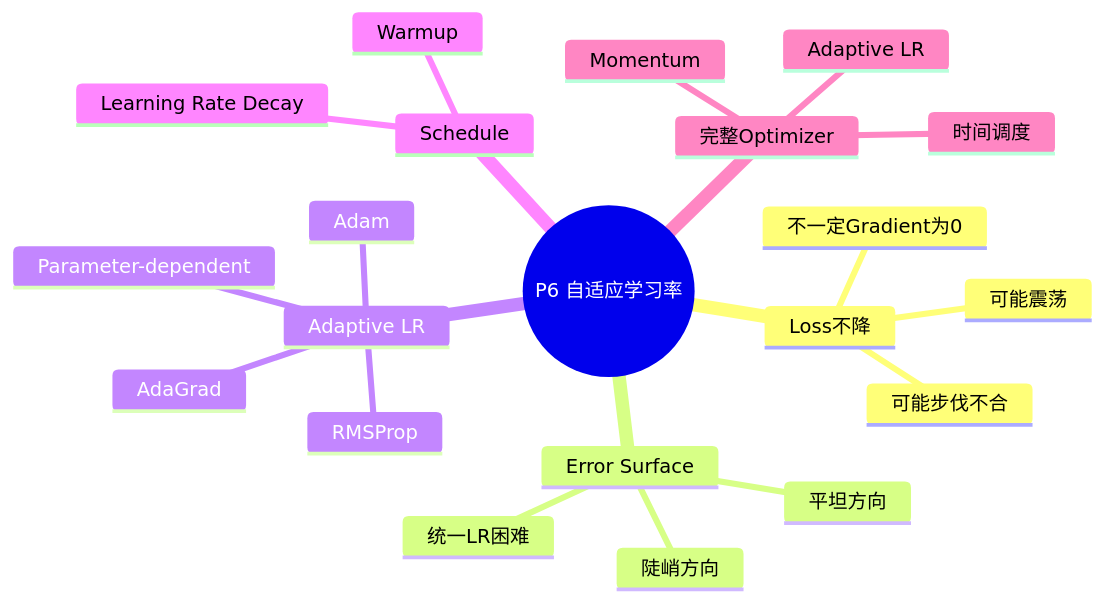
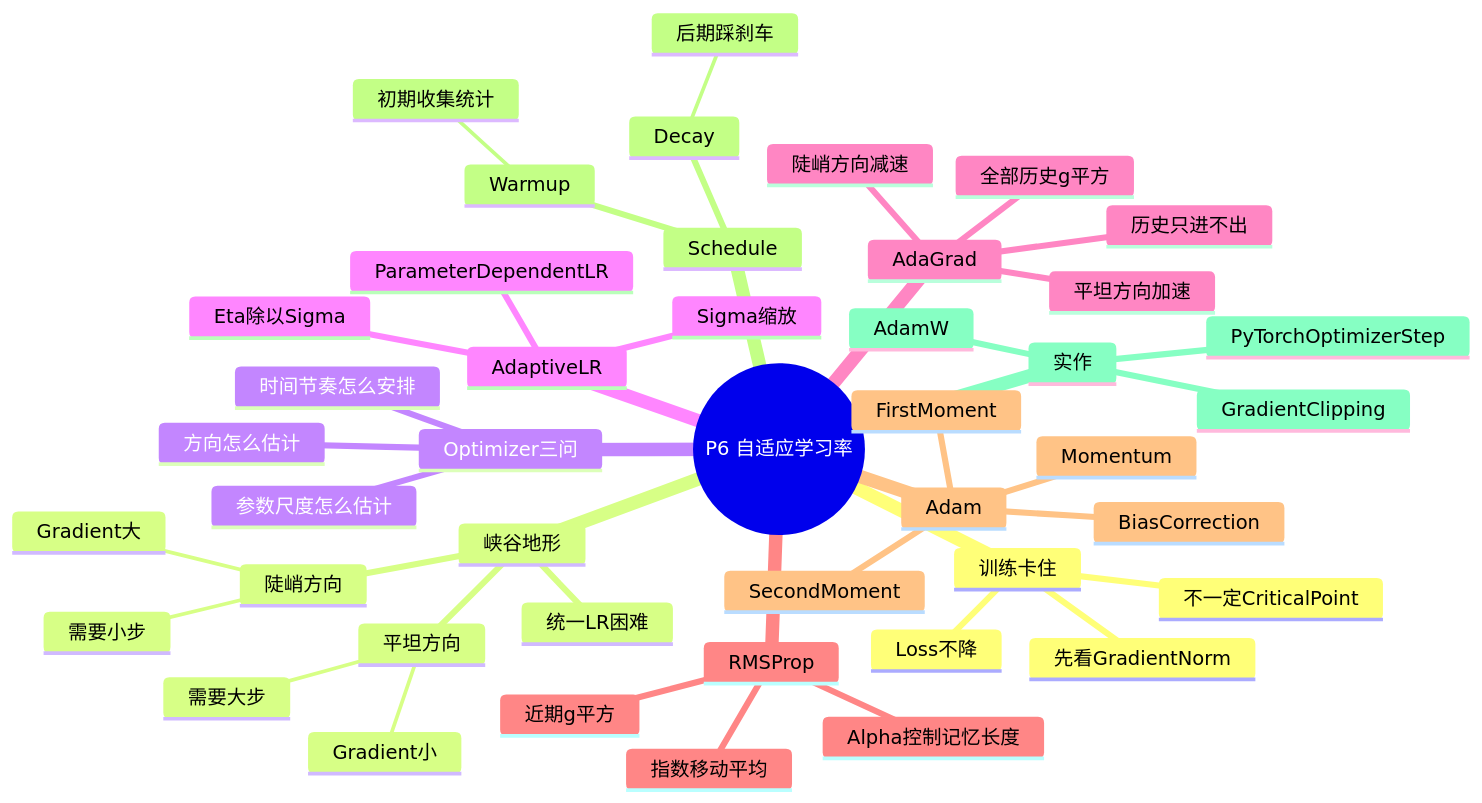
Before and after one commit to Sonnette51/stat_notes_sonnette: the third of 3 diagrams in docs/机器学习（lhy）-更新中/P6_类神经网络训练不起来怎么办_自适应学习率.md, drawn with Mermaid. The commit also changed other lines of this file and 4 other files, not shown here.

````diff
--- a/docs/机器学习（lhy）-更新中/P6_类神经网络训练不起来怎么办_自适应学习率.md
+++ b/docs/机器学习（lhy）-更新中/P6_类神经网络训练不起来怎么办_自适应学习率.md
@@ -357,24 +900,47 @@
 ```mermaid
 mindmap
   root((P6 自适应学习率))
-    Loss不降
-      不一定Gradient为0
-      可能震荡
-      可能步伐不合
-    Error Surface
+    训练卡住
+      Loss不降
+      先看GradientNorm
+      不一定CriticalPoint
+    峡谷地形
       陡峭方向
+        Gradient大
+        需要小步
       平坦方向
+        Gradient小
+        需要大步
       统一LR困难
-    Adaptive LR
-      Parameter-dependent
-      AdaGrad
-      RMSProp
-      Adam
+    Optimizer三问
+      方向怎么估计
+      参数尺度怎么估计
+      时间节奏怎么安排
+    AdaptiveLR
+      ParameterDependentLR
+      Sigma缩放
+      Eta除以Sigma
+    AdaGrad
+      全部历史g平方
+      平坦方向加速
+      陡峭方向减速
+      历史只进不出
+    RMSProp
+      近期g平方
+      指数移动平均
+      Alpha控制记忆长度
+    Adam
+      Momentum
+      FirstMoment
+      SecondMoment
+      BiasCorrection
     Schedule
-      Learning Rate Decay
+      Decay
+        后期踩刹车
       Warmup
-    完整Optimizer
-      Momentum
-      Adaptive LR
-      时间调度
+        初期收集统计
+    实作
+      PyTorchOptimizerStep
+      AdamW
+      GradientClipping
 ```
````
